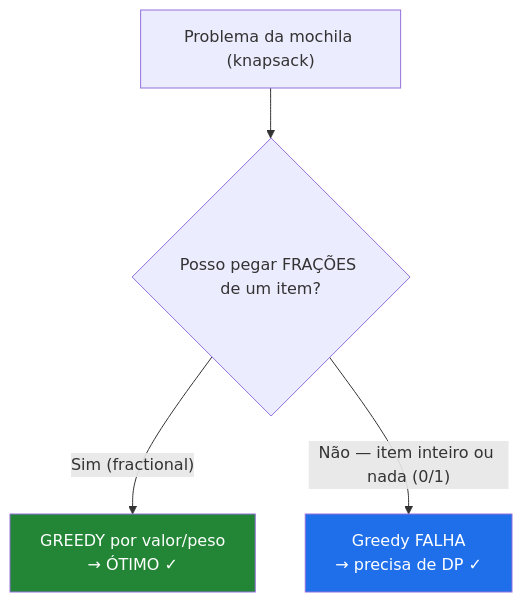
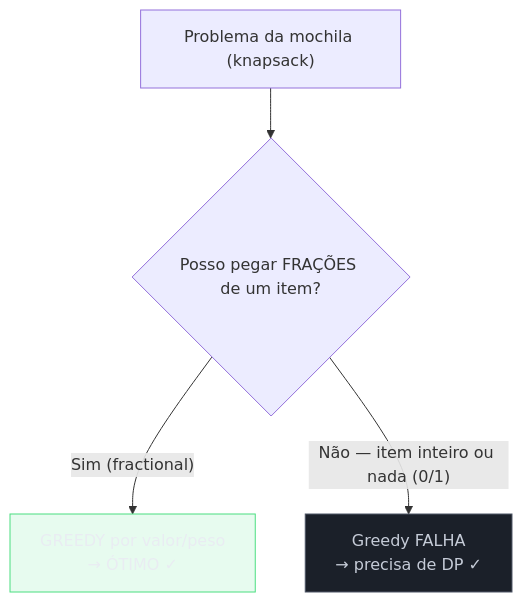
One commit to josenaldo/codex-technomanticus changed the sixth of 6 diagrams in 03-Dominios/Ciência/Algoritmos/11 - Greedy.md. Above: the diagram before and after it, drawn with Mermaid. The commit also changed other lines of this file and 1181 other files, not shown here.

First line of the commit message:
fix(diagramas): paleta do sistema no lugar de cor cravada no markdown

````diff
--- a/03-Dominios/Ciência/Algoritmos/11 - Greedy.md
+++ b/03-Dominios/Ciência/Algoritmos/11 - Greedy.md
@@ -300,8 +309,10 @@
 ```mermaid
 flowchart TD
+    classDef ok fill:#4ADE8021,stroke:#4ADE80,color:#E9ECF2
+    classDef neutro fill:#1B2029,stroke:#4E5666,color:#C6CCD8
     Knap["Problema da mochila (knapsack)"] --> Frac{"Posso pegar FRAÇÕES de um item?"}
     Frac -- "Sim (fractional)" --> Greedy["GREEDY por valor/peso<br/>→ ÓTIMO ✓"]
     Frac -- "Não — item inteiro ou nada (0/1)" --> DP["Greedy FALHA<br/>→ precisa de DP ✓"]
-    style Greedy fill:#238636,color:#fff
-    style DP fill:#1f6feb,color:#fff
+    class Greedy ok
+    class DP neutro
 ```
````
